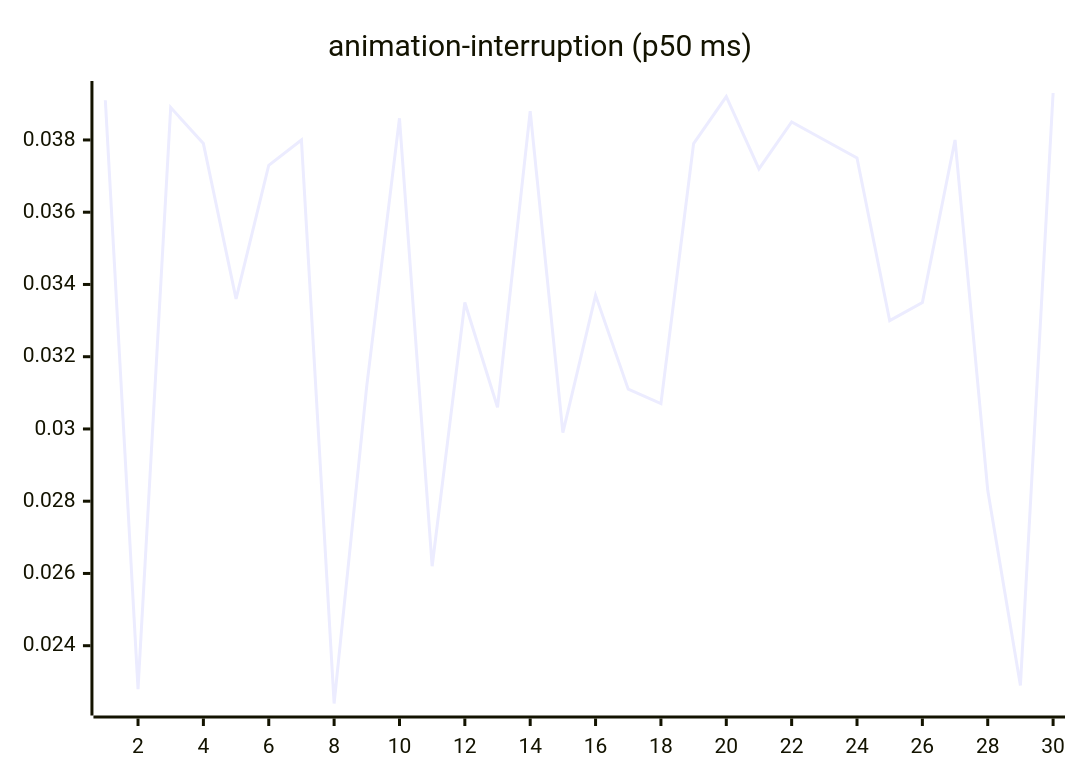
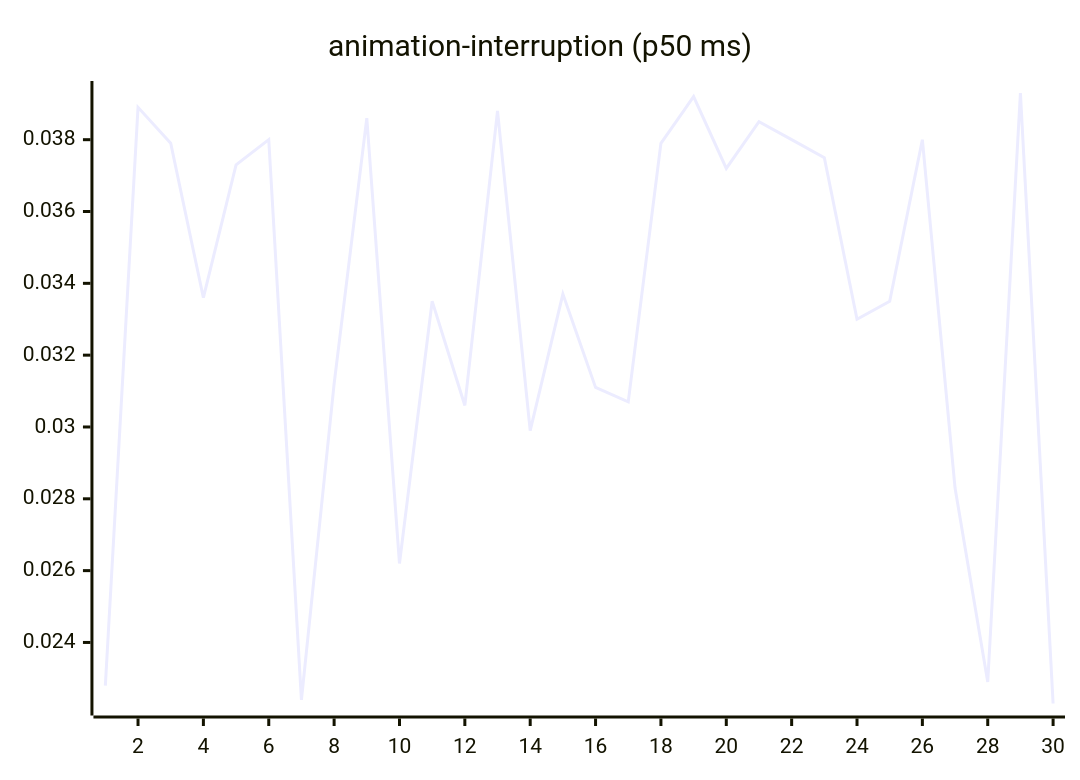
Before and after one commit to josha/Facet: the third of 27 diagrams in README.md, drawn with Mermaid. The commit also changed other lines of this file and 2 other files, not shown here.

````diff
--- a/README.md
+++ b/README.md
@@ -77,6 +77,6 @@
 ```mermaid
 xychart-beta
     title "animation-interruption (p50 ms)"
     x-axis 1 --> 30
-    line [0.0391, 0.0228, 0.0389, 0.0379, 0.0336, 0.0373, 0.0380, 0.0224, 0.0312, 0.0386, 0.0262, 0.0335, 0.0306, 0.0388, 0.0299, 0.0337, 0.0311, 0.0307, 0.0379, 0.0392, 0.0372, 0.0385, 0.0380, 0.0375, 0.0330, 0.0335, 0.0380, 0.0283, 0.0229, 0.0393]
+    line [0.0228, 0.0389, 0.0379, 0.0336, 0.0373, 0.0380, 0.0224, 0.0312, 0.0386, 0.0262, 0.0335, 0.0306, 0.0388, 0.0299, 0.0337, 0.0311, 0.0307, 0.0379, 0.0392, 0.0372, 0.0385, 0.0380, 0.0375, 0.0330, 0.0335, 0.0380, 0.0283, 0.0229, 0.0393, 0.0223]
 ```
````
